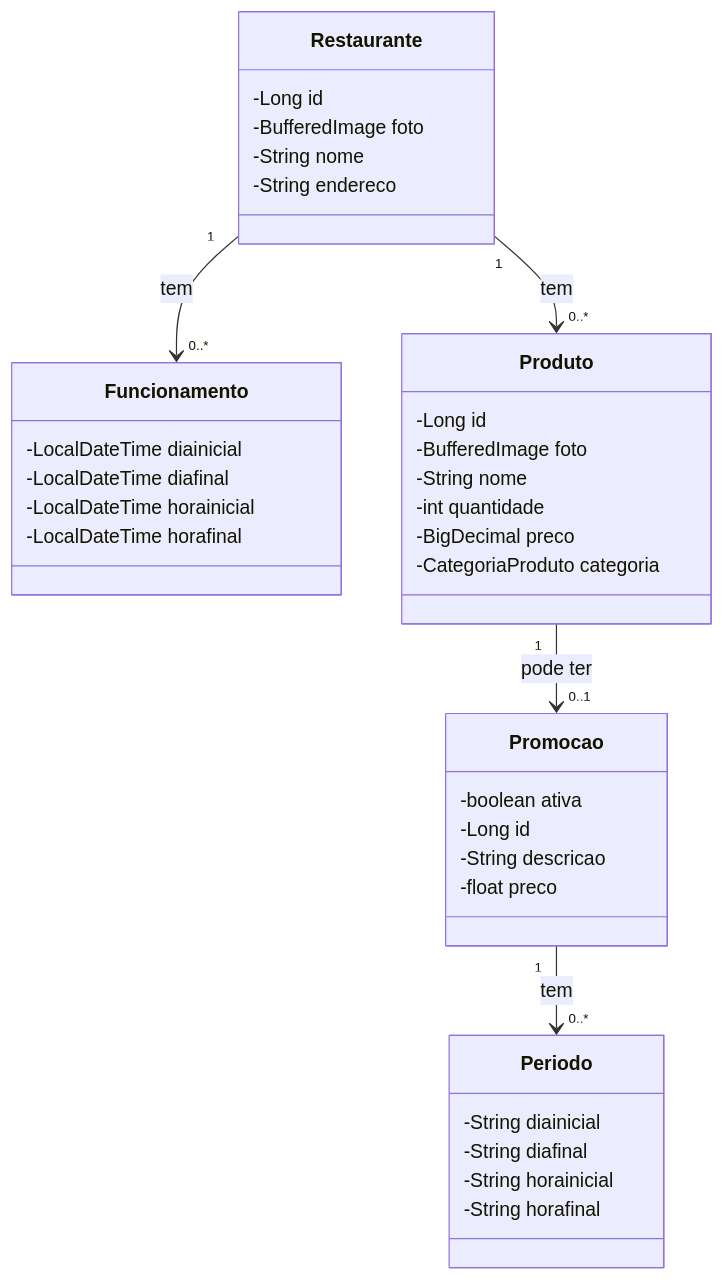
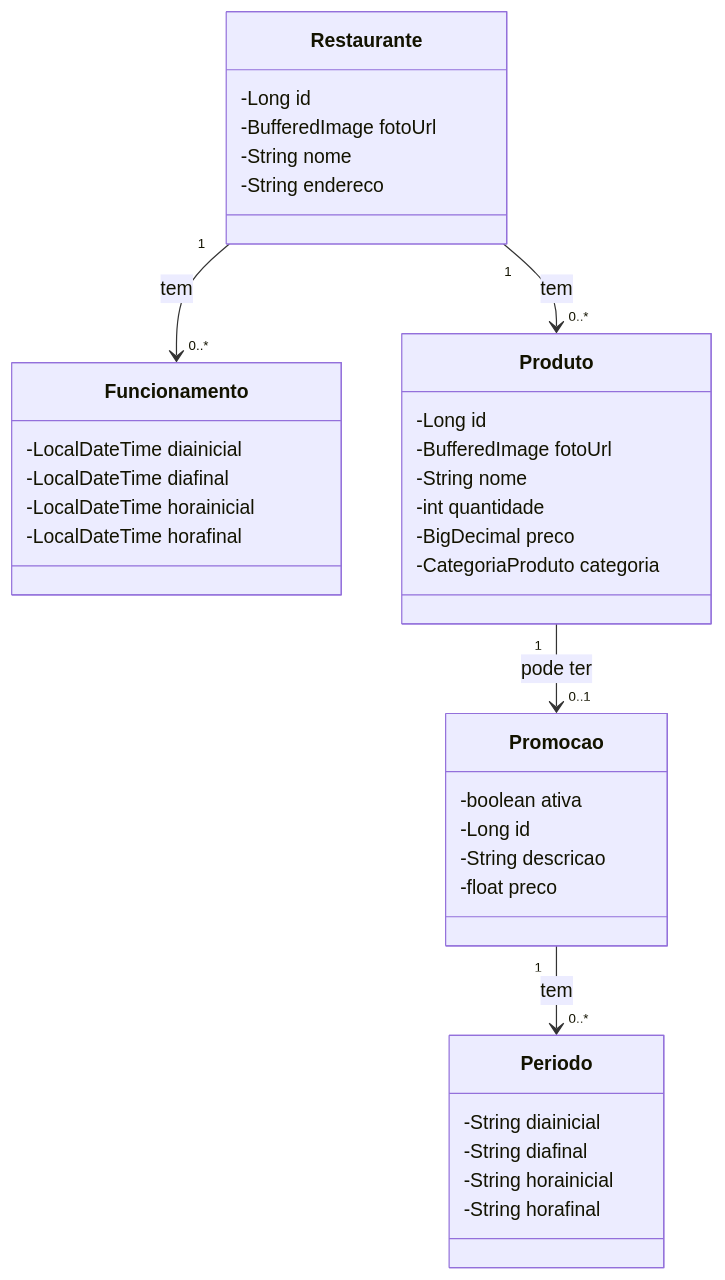
One commit to brtiago/lista-rango changed the diagram in README.md. Above: the diagram before and after it, drawn with Mermaid. The commit also changed other lines of this file and 9 other files, not shown here.

````diff
--- a/README.md
+++ b/README.md
@@ -115,40 +114,40 @@
 ```mermaid
 classDiagram
     class Restaurante {
         -Long id
-        -BufferedImage foto
+        -BufferedImage fotoUrl
         -String nome
         -String endereco
     }
     class Funcionamento {
         -LocalDateTime diainicial
         -LocalDateTime diafinal
         -LocalDateTime horainicial
         -LocalDateTime horafinal
     }
     class Produto {
         -Long id
-        -BufferedImage foto
+        -BufferedImage fotoUrl
         -String nome
         -int quantidade
         -BigDecimal preco
         -CategoriaProduto categoria
     }
     class Promocao {
         -boolean ativa
         -Long id
         -String descricao
         -float preco
     }
     class Periodo {
         -String diainicial
         -String diafinal
         -String horainicial
         -String horafinal
     }
 
     Restaurante "1" --> "0..*" Funcionamento : tem
     Restaurante "1" --> "0..*" Produto : tem
     Produto "1" --> "0..1" Promocao : pode ter
     Promocao "1" --> "0..*" Periodo : tem
   ```
````
